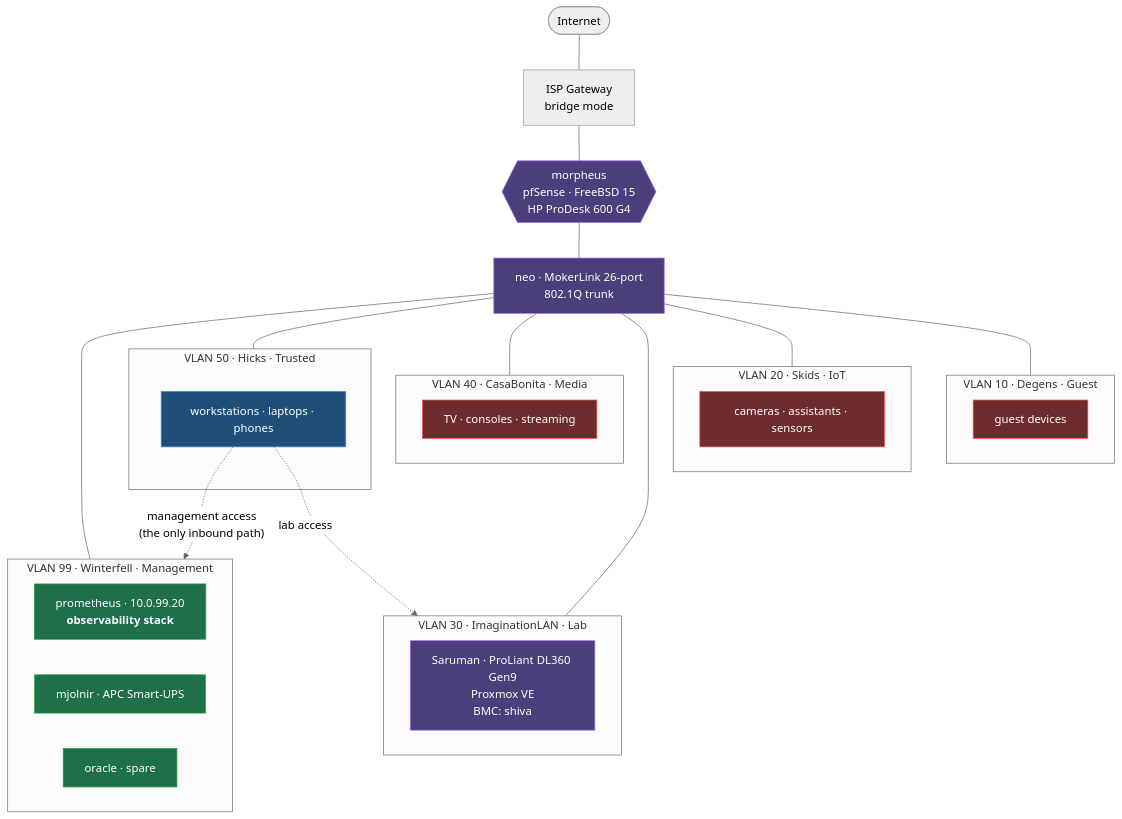
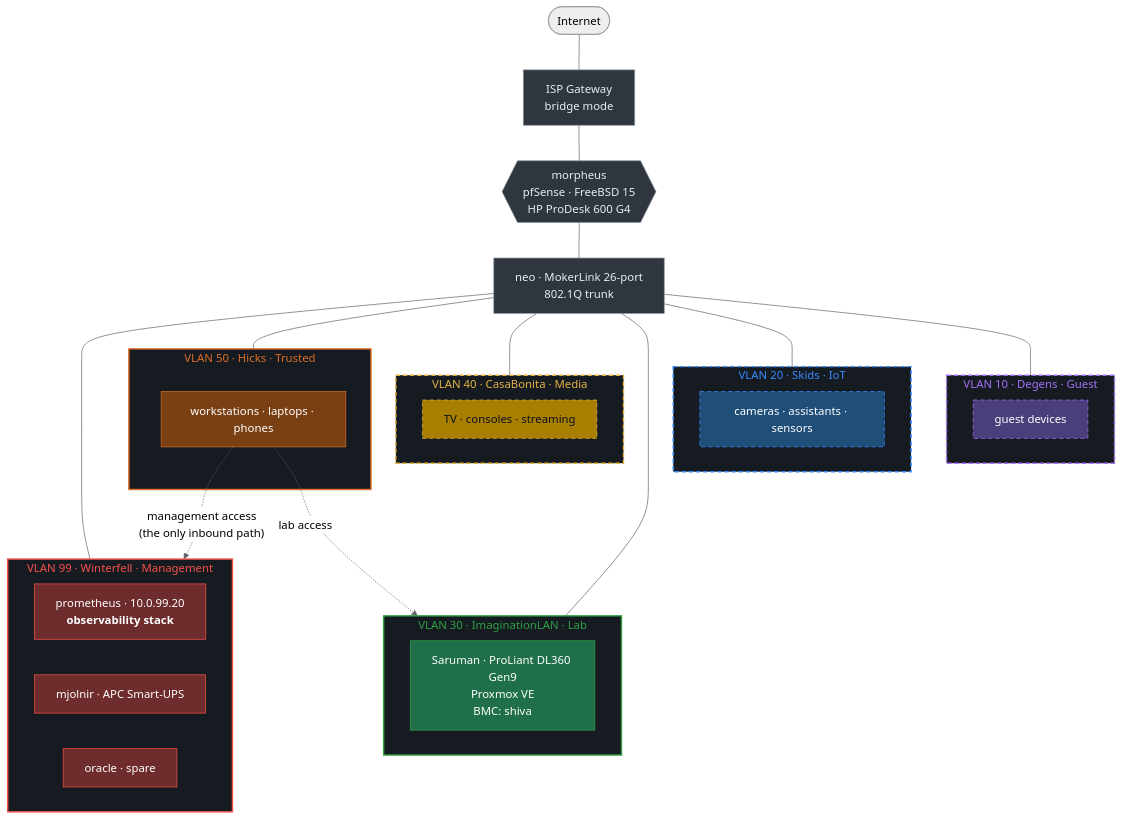
One commit to Gerrrt/HomeLab changed the first of 2 diagrams in docs/architecture.md. Above: the diagram before and after it, drawn with Mermaid (neutral theme). The commit also changed other lines of this file and 9 other files, not shown here.

First line of the commit message:
docs: colour every VLAN reference to match the rack

````diff
--- a/docs/architecture.md
+++ b/docs/architecture.md
@@ -8,54 +8,76 @@
 ```mermaid
 graph TB
     INET([Internet])
     GW[ISP Gateway<br/>bridge mode]
     FW{{"morpheus<br/>pfSense · FreeBSD 15<br/>HP ProDesk 600 G4"}}
     SW[neo · MokerLink 26-port<br/>802.1Q trunk]
 
     INET --- GW --- FW --- SW
 
     subgraph V99["VLAN 99 · Winterfell · Management"]
         MON["prometheus · 10.0.99.20<br/><b>observability stack</b>"]
         UPS["mjolnir · APC Smart-UPS"]
         SPARE["oracle · spare"]
     end
 
     subgraph V50["VLAN 50 · Hicks · Trusted"]
         WS["workstations · laptops · phones"]
     end
 
     subgraph V40["VLAN 40 · CasaBonita · Media"]
         TV["TV · consoles · streaming"]
     end
 
     subgraph V30["VLAN 30 · ImaginationLAN · Lab"]
         HV["Saruman · ProLiant DL360 Gen9<br/>Proxmox VE<br/>BMC: shiva"]
     end
 
     subgraph V20["VLAN 20 · Skids · IoT"]
         IOT["cameras · assistants · sensors"]
     end
 
     subgraph V10["VLAN 10 · Degens · Guest"]
         GUEST["guest devices"]
     end
 
     SW --- V99
     SW --- V50
     SW --- V40
     SW --- V30
     SW --- V20
     SW --- V10
 
     WS -.->|"management access<br/>(the only inbound path)"| V99
     WS -.->|lab access| V30
 
-    classDef mgmt fill:#1f6f4a,stroke:#2ea043,color:#fff
-    classDef trusted fill:#1f4e79,stroke:#388bfd,color:#fff
-    classDef untrusted fill:#6e2c2c,stroke:#f85149,color:#fff
-    classDef infra fill:#4a3f7a,stroke:#a371f7,color:#fff
-    class MON,UPS,SPARE mgmt
-    class WS trusted
-    class IOT,GUEST,TV untrusted
-    class HV,FW,SW infra
+    %% Fill is the patch-cable colour in the rack — see network.md, ADR-0009.
+    %% A dashed border marks a terminal segment: traffic goes out, nothing
+    %% comes back in. Grey is not a segment; it carries every VLAN.
+    %% stroke-dasharray must be last on its line and space-separated — a comma
+    %% is the property delimiter and would truncate the value.
+    classDef vlan99 fill:#6e2c2c,stroke:#f85149,color:#fff
+    classDef vlan50 fill:#7a3f12,stroke:#db6d28,color:#fff
+    classDef vlan30 fill:#1f6f4a,stroke:#2ea043,color:#fff
+    classDef infra  fill:#30363d,stroke:#8b949e,color:#e6edf3
+    classDef vlan40 fill:#a87f00,stroke:#e3b341,color:#0d1117,stroke-dasharray: 6 4
+    classDef vlan20 fill:#1f4e79,stroke:#388bfd,color:#fff,stroke-dasharray: 6 4
+    classDef vlan10 fill:#4a3f7a,stroke:#a371f7,color:#fff,stroke-dasharray: 6 4
+
+    class MON,UPS,SPARE vlan99
+    class WS vlan50
+    class HV vlan30
+    class TV vlan40
+    class IOT vlan20
+    class GUEST vlan10
+    class GW,FW,SW infra
+
+    %% classDef is unreliable on subgraphs (mermaid-js/mermaid#1726), so the
+    %% clusters are styled explicitly and the dash is applied to their inner
+    %% nodes as well — the cue survives either way.
+    style V99 fill:#161b22,stroke:#f85149,stroke-width:2px,color:#f85149
+    style V50 fill:#161b22,stroke:#db6d28,stroke-width:2px,color:#db6d28
+    style V30 fill:#161b22,stroke:#2ea043,stroke-width:2px,color:#2ea043
+    style V40 fill:#161b22,stroke:#e3b341,stroke-width:2px,color:#e3b341,stroke-dasharray: 6 4
+    style V20 fill:#161b22,stroke:#388bfd,stroke-width:2px,color:#388bfd,stroke-dasharray: 6 4
+    style V10 fill:#161b22,stroke:#a371f7,stroke-width:2px,color:#a371f7,stroke-dasharray: 6 4
 ```
````
